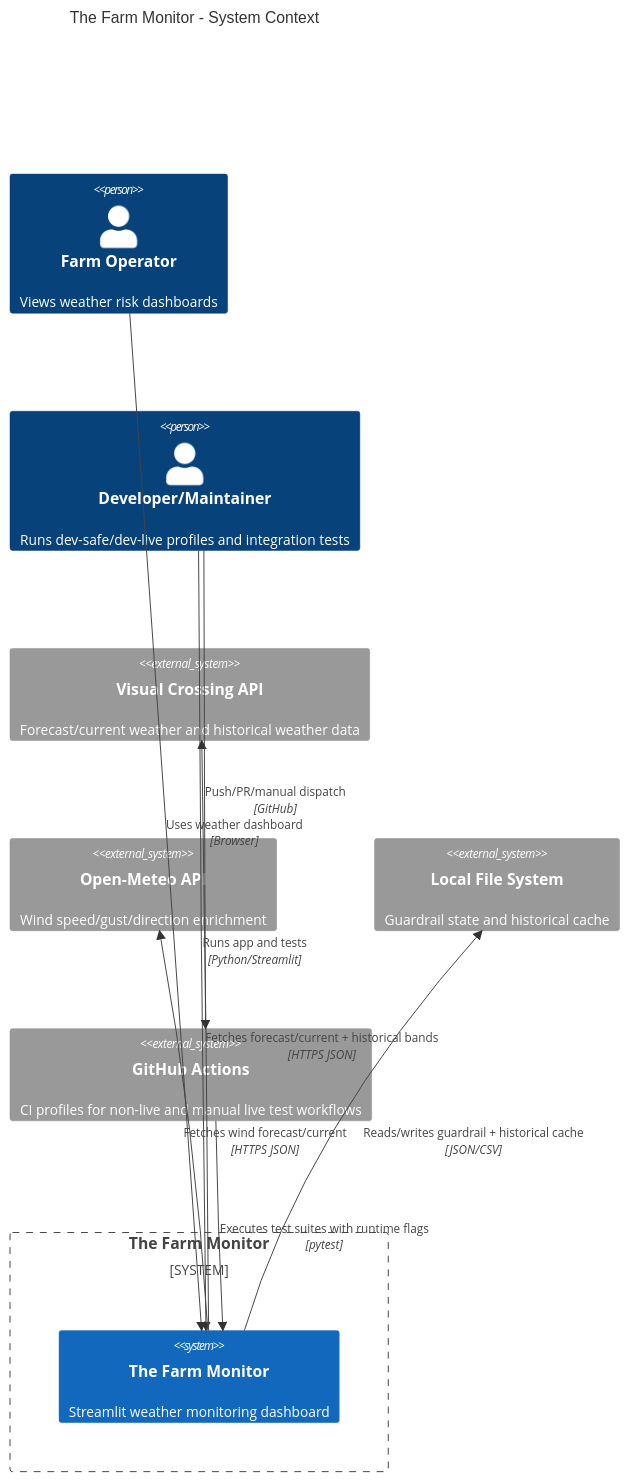
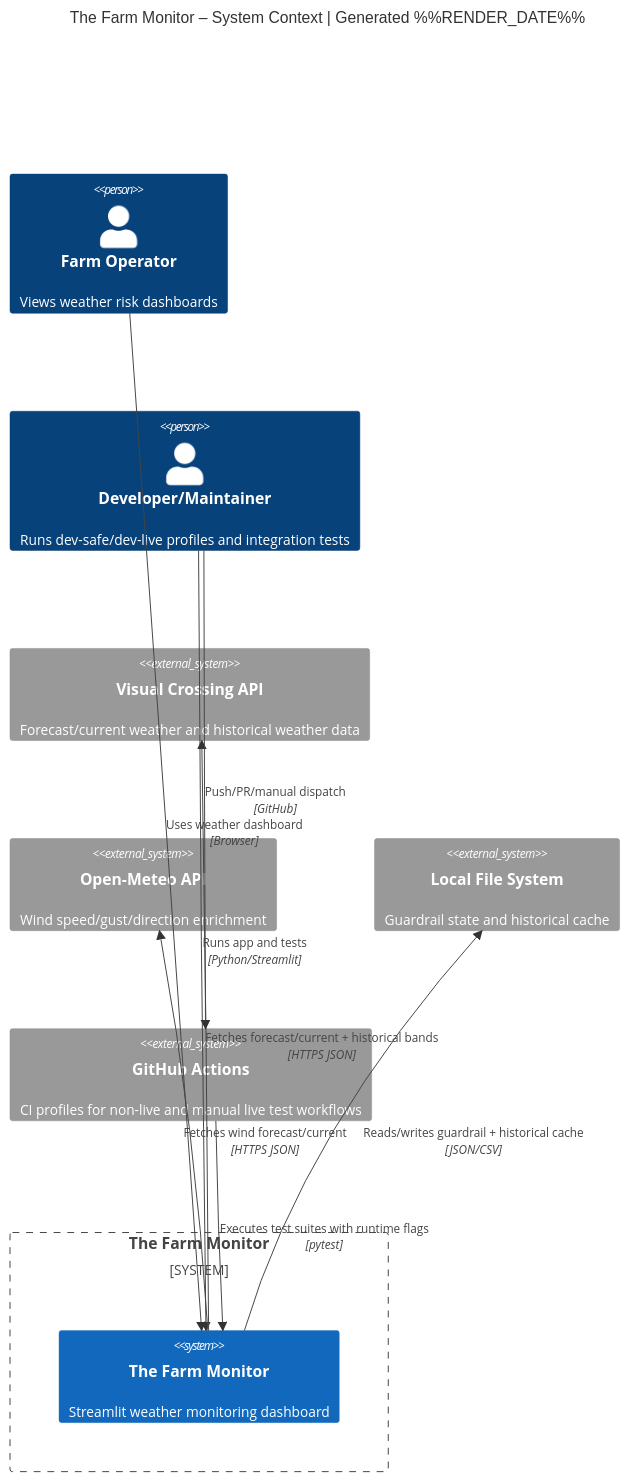
The diagram in docs/c4/c1-system-context.md (RobinWikoff/the-farm-monitor), drawn with Mermaid before and after one commit. The commit also changed 27 other files, not shown here.

First line of the commit message:
Add diagram title + generation date header to all C4 diagrams

````diff
--- a/docs/c4/c1-system-context.md
+++ b/docs/c4/c1-system-context.md
@@ -7,24 +7,24 @@
 ```mermaid
 C4Context
-    title The Farm Monitor - System Context
+    title The Farm Monitor – System Context | Generated %%RENDER_DATE%%
 
     Person(user, "Farm Operator", "Views weather risk dashboards")
     Person(dev, "Developer/Maintainer", "Runs dev-safe/dev-live profiles and integration tests")
 
     System_Boundary(farm_boundary, "The Farm Monitor") {
         System(farm_monitor, "The Farm Monitor", "Streamlit weather monitoring dashboard")
     }
 
     System_Ext(vc_api, "Visual Crossing API", "Forecast/current weather and historical weather data")
     System_Ext(om_api, "Open-Meteo API", "Wind speed/gust/direction enrichment")
     System_Ext(local_fs, "Local File System", "Guardrail state and historical cache")
     System_Ext(ci_runner, "GitHub Actions", "CI profiles for non-live and manual live test workflows")
 
     Rel(user, farm_monitor, "Uses weather dashboard", "Browser")
     Rel(dev, farm_monitor, "Runs app and tests", "Python/Streamlit")
     Rel(farm_monitor, vc_api, "Fetches forecast/current + historical bands", "HTTPS JSON")
     Rel(farm_monitor, om_api, "Fetches wind forecast/current", "HTTPS JSON")
     Rel(farm_monitor, local_fs, "Reads/writes guardrail + historical cache", "JSON/CSV")
     Rel(dev, ci_runner, "Push/PR/manual dispatch", "GitHub")
     Rel(ci_runner, farm_monitor, "Executes test suites with runtime flags", "pytest")
 ```
````
